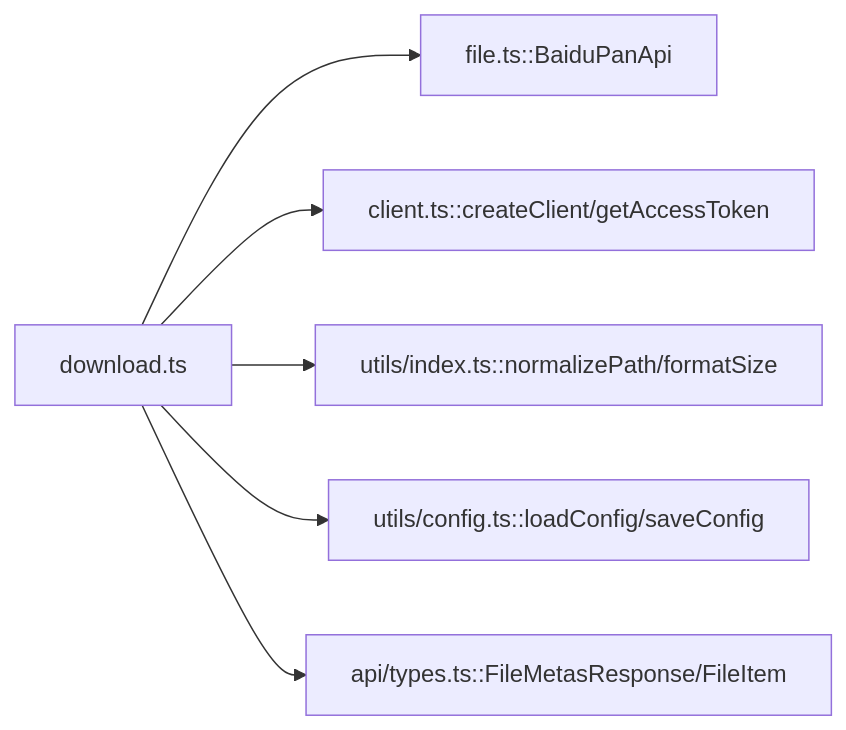
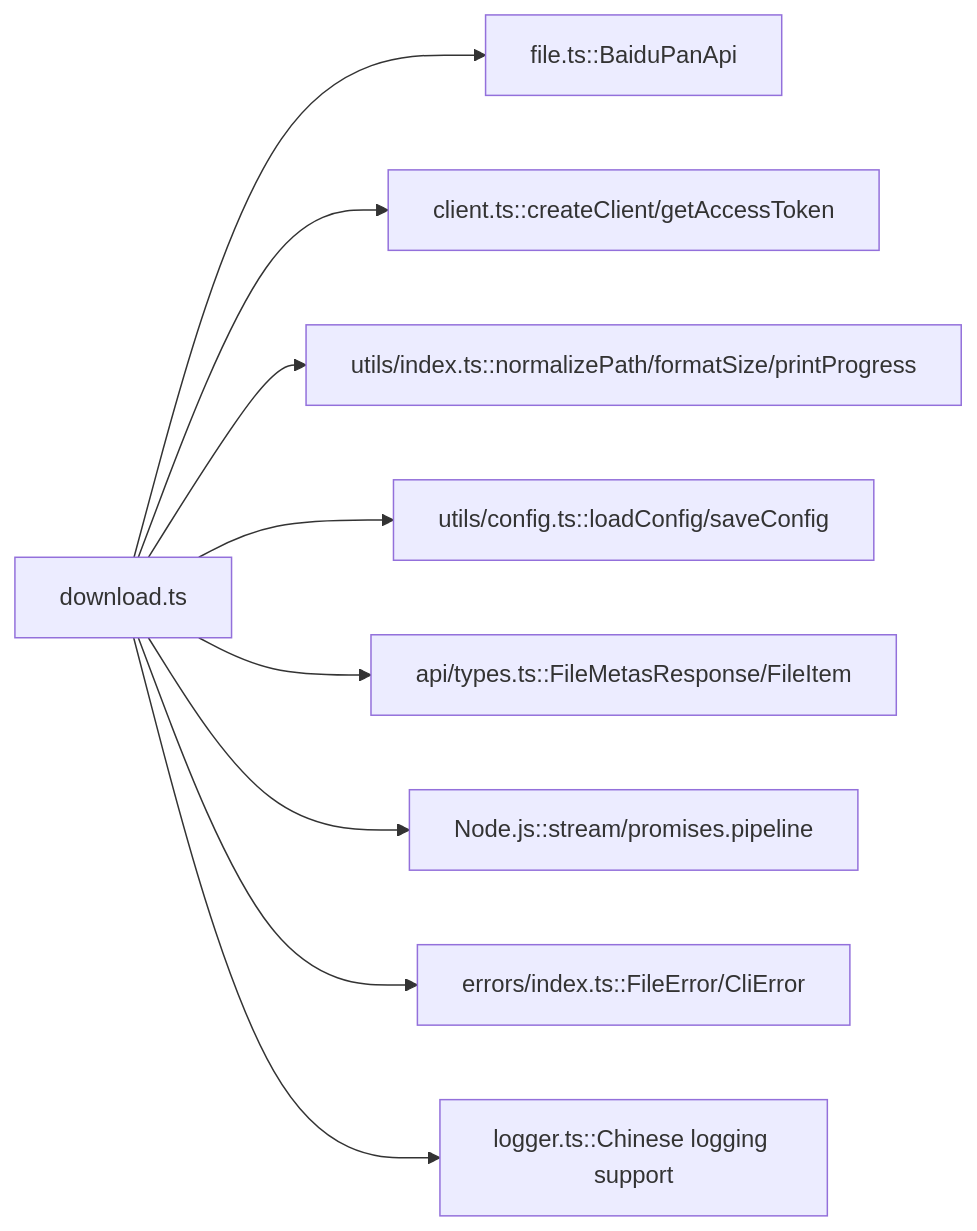
The fourth of 4 diagrams in .qoder/repowiki/en/content/Command Reference/Download Command.md (yuexiaoliang/baiduwangpan-manager), drawn with Mermaid before and after one commit. The commit also changed other lines of this file and 30 other files, not shown here.

````diff
--- a/.qoder/repowiki/en/content/Command Reference/Download Command.md
+++ b/.qoder/repowiki/en/content/Command Reference/Download Command.md
@@ -239,8 +355,11 @@
 ```mermaid
 graph LR
 DL["download.ts"] --> FAPI["file.ts::BaiduPanApi"]
 DL --> CClient["client.ts::createClient/getAccessToken"]
-DL --> UIdx["utils/index.ts::normalizePath/formatSize"]
+DL --> UIdx["utils/index.ts::normalizePath/formatSize/printProgress"]
 DL --> UCfg["utils/config.ts::loadConfig/saveConfig"]
 DL --> ATypes["api/types.ts::FileMetasResponse/FileItem"]
+DL --> EPipeline["Node.js::stream/promises.pipeline"]
+DL --> EErrors["errors/index.ts::FileError/CliError"]
+DL --> Logger["logger.ts::Chinese logging support"]
 ```
````
